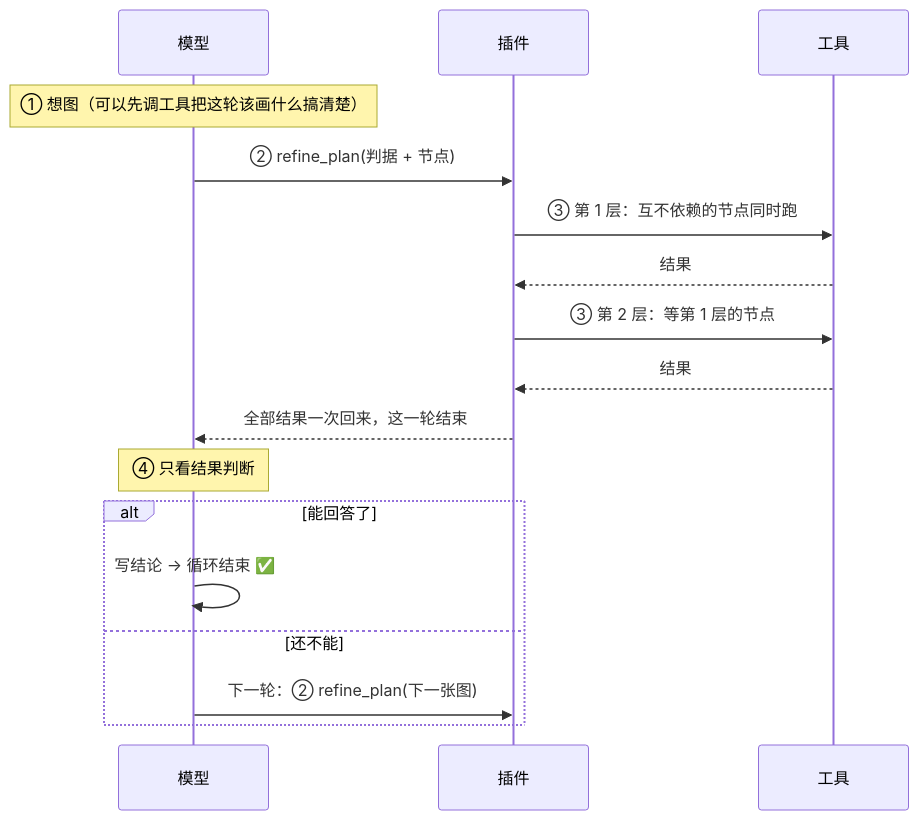
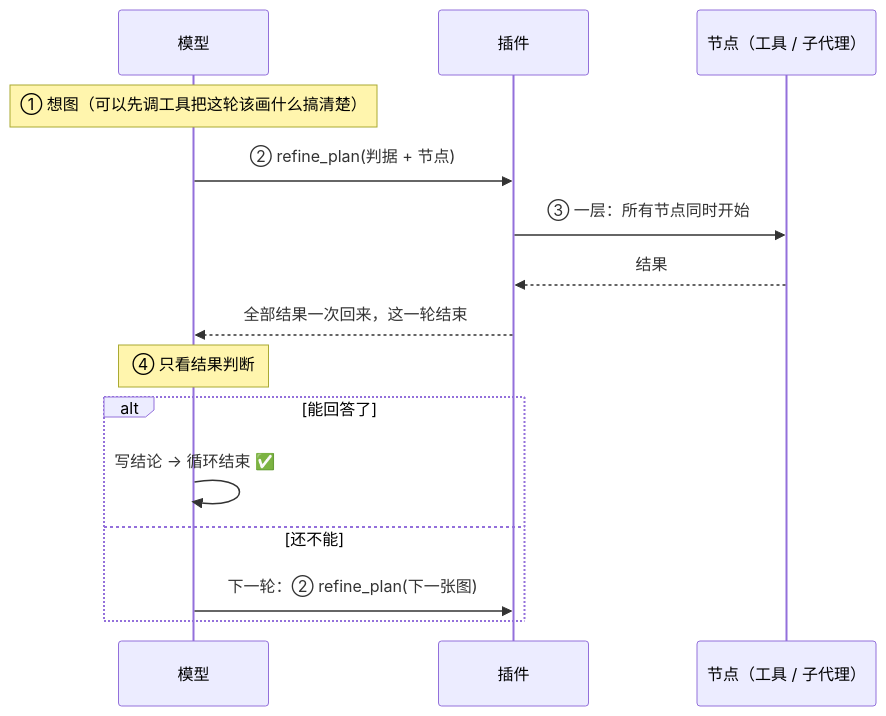
Before and after one commit to zyn19940107/dsh-conductor: the second of 4 diagrams in README.md, drawn with Mermaid. The commit also changed other lines of this file and 57 other files, not shown here.

First line of the commit message:
改成一图一层:节点四选一,worker/forker 继承含本轮的上下文

````diff
--- a/README.md
+++ b/README.md
@@ -32,20 +32,18 @@
 ```mermaid
 sequenceDiagram
     participant M as 模型
     participant P as 插件
-    participant T as 工具
+    participant C as 节点（工具 / 子代理）
 
     Note over M: ① 想图（可以先调工具把这轮该画什么搞清楚）
     M->>P: ② refine_plan(判据 + 节点)
-    P->>T: ③ 第 1 层：互不依赖的节点同时跑
-    T-->>P: 结果
-    P->>T: ③ 第 2 层：等第 1 层的节点
-    T-->>P: 结果
+    P->>C: ③ 一层：所有节点同时开始
+    C-->>P: 结果
     P-->>M: 全部结果一次回来，这一轮结束
     Note over M: ④ 只看结果判断
     alt 能回答了
         M->>M: 写结论 → 循环结束 ✅
     else 还不能
         M->>P: 下一轮：② refine_plan(下一张图)
     end
 ```
````
